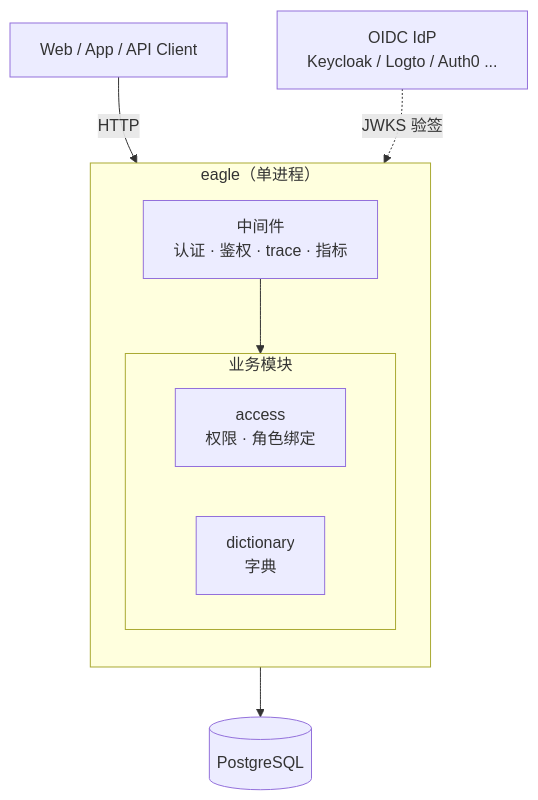
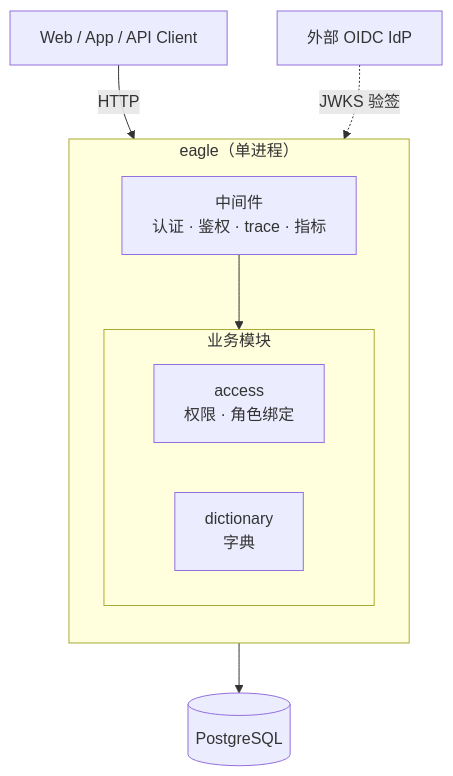
Before and after one commit to sunshixiong789/eagle-go: the diagram in README.md, drawn with Mermaid. The commit also changed other lines of this file and 29 other files, not shown here.

Commit message:
refactor(auth): 移除内置 Keycloak

````diff
--- a/README.md
+++ b/README.md
@@ -19,22 +19,22 @@
 ```mermaid
 flowchart TB
     client["Web / App / API Client"]
 
     subgraph eagle ["eagle（单进程）"]
         direction TB
         middleware["中间件<br/>认证 · 鉴权 · trace · 指标"]
         subgraph modules [业务模块]
             direction LR
             access["access<br/>权限 · 角色绑定"]
             dictionary["dictionary<br/>字典"]
         end
     end
 
-    idp["OIDC IdP<br/>Keycloak / Logto / Auth0 ..."]
+    idp["外部 OIDC IdP"]
     db[(PostgreSQL)]
 
     client -->|HTTP| middleware
     middleware --> modules
     idp -.->|JWKS 验签| middleware
     modules --> db
 ```
````
